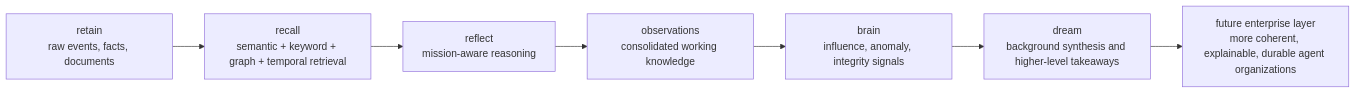
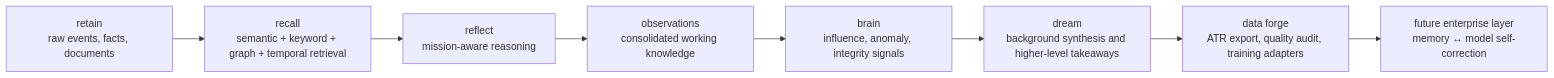
One commit to eight-atulya/atulya changed the second of 4 diagrams in atulya-docs/docs/developer/index.mdx. Above: the diagram before and after it, drawn with Mermaid. The commit also changed other lines of this file and 26 other files, not shown here.

````diff
--- a/atulya-docs/docs/developer/index.mdx
+++ b/atulya-docs/docs/developer/index.mdx
@@ -216,9 +233,10 @@
 ```mermaid
 graph LR
     A["retain<br/>raw events, facts, documents"] --> B["recall<br/>semantic + keyword + graph + temporal retrieval"]
     B --> C["reflect<br/>mission-aware reasoning"]
     C --> D["observations<br/>consolidated working knowledge"]
     D --> E["brain<br/>influence, anomaly, integrity signals"]
     E --> F["dream<br/>background synthesis and higher-level takeaways"]
-    F --> G["future enterprise layer<br/>more coherent, explainable, durable agent organizations"]
+    F --> H["data forge<br/>ATR export, quality audit, training adapters"]
+    H --> G["future enterprise layer<br/>memory ↔ model self-correction"]
 ```
````
